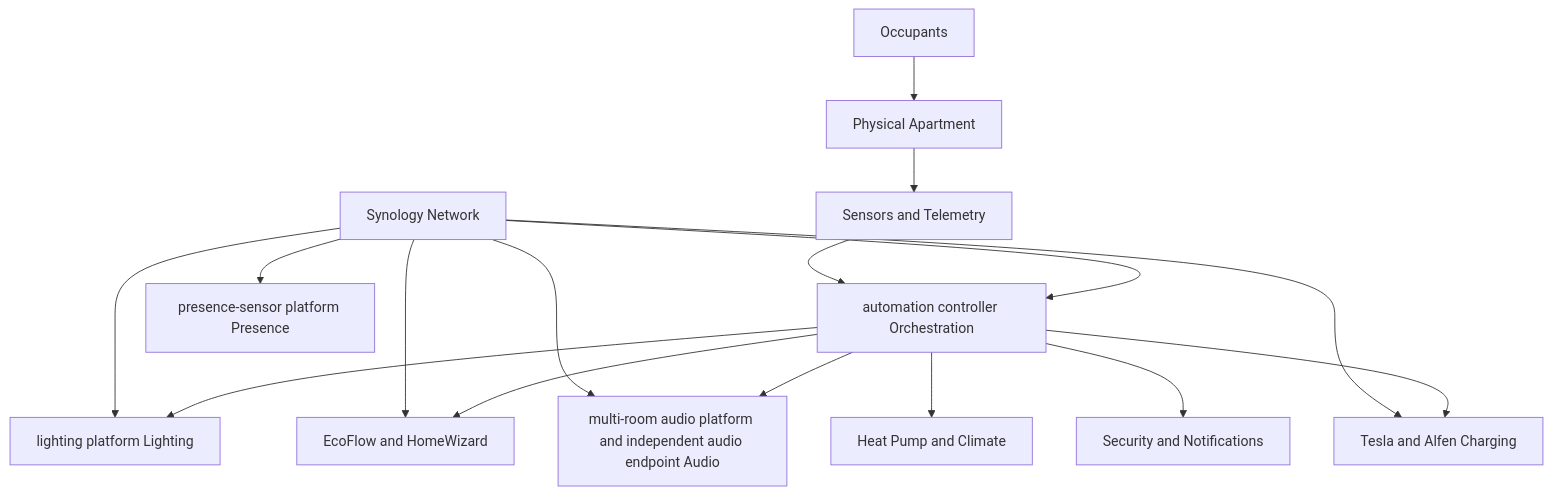
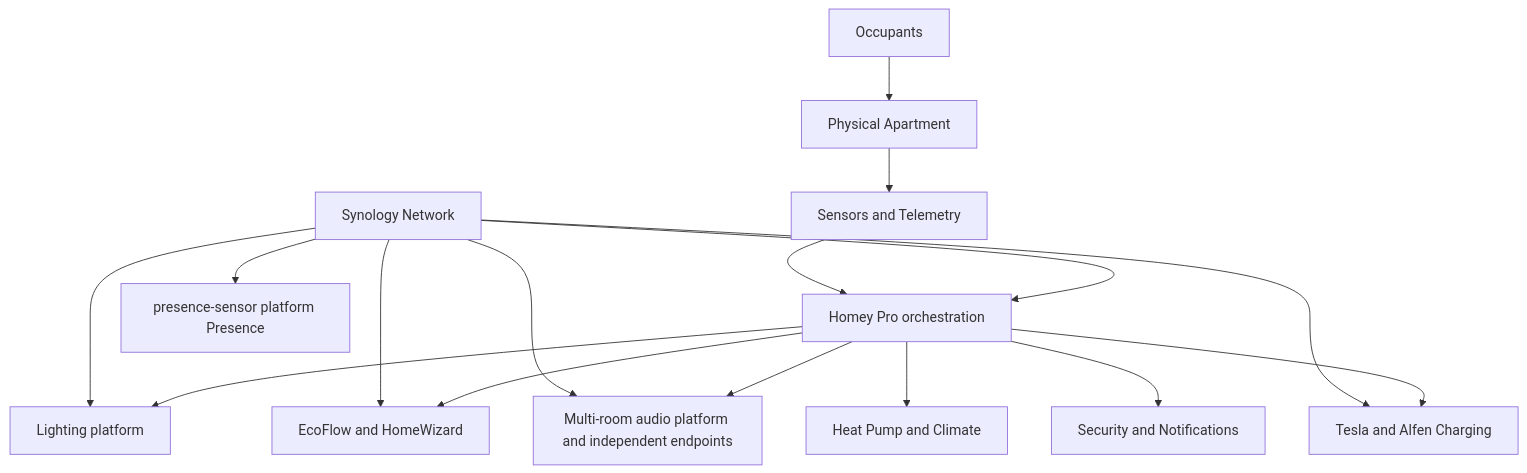
One commit to DaveDeSmedt/home-automation-engineering-handbook-public changed the first of 2 diagrams in 01 Architecture/The Home Intelligence Platform.md. Above: the diagram before and after it, drawn with Mermaid. The commit also changed other lines of this file and 26 other files, not shown here.

````diff
--- a/01 Architecture/The Home Intelligence Platform.md
+++ b/01 Architecture/The Home Intelligence Platform.md
@@ -37,31 +37,31 @@
 ```mermaid
 graph TD
     Occupants[Occupants]
     Home[Physical Apartment]
     Sensors[Sensors and Telemetry]
-    Homey[automation controller Orchestration]
-    Lighting[lighting platform Lighting]
+    Homey[Homey Pro orchestration]
+    Lighting[Lighting platform]
     Presence[presence-sensor platform Presence]
     Energy[EcoFlow and HomeWizard]
-    Audio[multi-room audio platform and independent audio endpoint Audio]
+    Audio[Multi-room audio platform and independent endpoints]
     Climate[Heat Pump and Climate]
     Security[Security and Notifications]
     EV[Tesla and Alfen Charging]
     Network[Synology Network]
 
     Occupants --> Home
     Home --> Sensors
     Sensors --> Homey
     Network --> Homey
     Network --> Lighting
     Network --> Presence
     Network --> Energy
     Network --> Audio
     Network --> EV
     Homey --> Lighting
     Homey --> Energy
     Homey --> Audio
     Homey --> Climate
     Homey --> Security
     Homey --> EV
 ```
````
